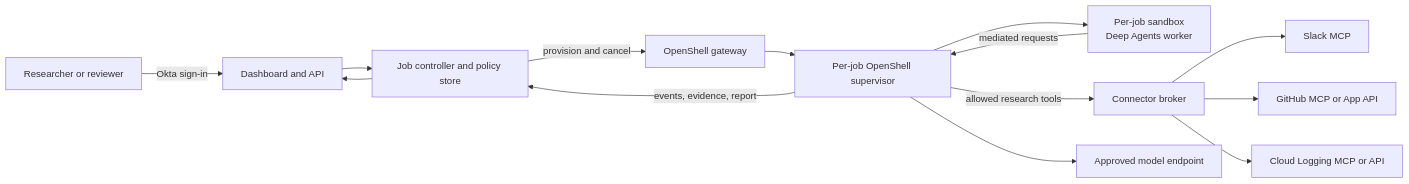
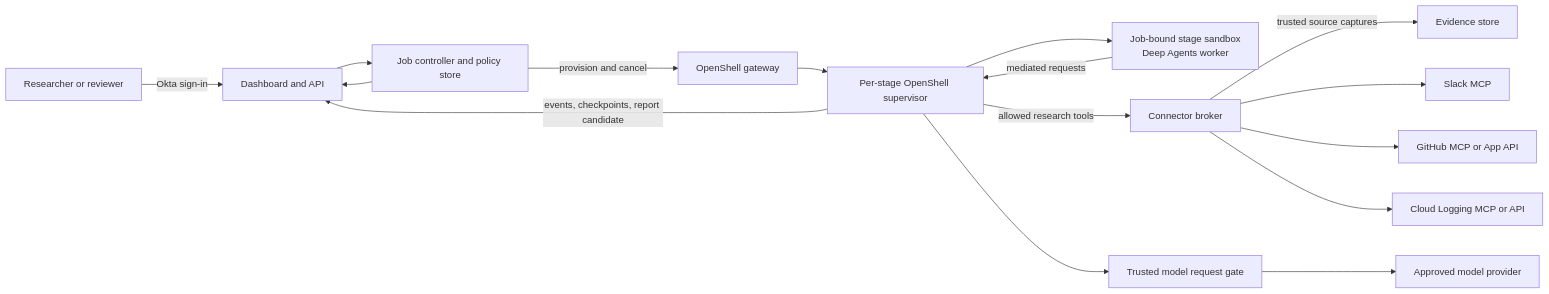
The first of 6 diagrams in docs/requirements.md (gvaibhav/openshell-deep-research-platform), drawn with Mermaid before and after one commit. The commit also changed other lines of this file and 48 other files, not shown here.

````diff
--- a/docs/requirements.md
+++ b/docs/requirements.md
@@ -24,16 +24,18 @@
 ```mermaid
 flowchart LR
     Human[Researcher or reviewer] -->|Okta sign-in| Dashboard[Dashboard and API]
     Dashboard --> Controller[Job controller and policy store]
     Controller -->|provision and cancel| Gateway[OpenShell gateway]
-    Gateway --> Supervisor[Per-job OpenShell supervisor]
-    Supervisor --> Sandbox[Per-job sandbox<br/>Deep Agents worker]
+    Gateway --> Supervisor[Per-stage OpenShell supervisor]
+    Supervisor --> Sandbox[Job-bound stage sandbox<br/>Deep Agents worker]
     Sandbox -->|mediated requests| Supervisor
-    Supervisor -->|events, evidence, report| Controller
+    Supervisor -->|events, checkpoints, report candidate| Dashboard
     Supervisor -->|allowed research tools| Broker[Connector broker]
+    Broker -->|trusted source captures| Evidence[Evidence store]
     Broker --> Slack[Slack MCP]
     Broker --> GitHub[GitHub MCP or App API]
     Broker --> Logging[Cloud Logging MCP or API]
-    Supervisor --> Model[Approved model endpoint]
+    Supervisor --> ModelGate[Trusted model request gate]
+    ModelGate --> Model[Approved model provider]
     Controller --> Dashboard
 ```
````
